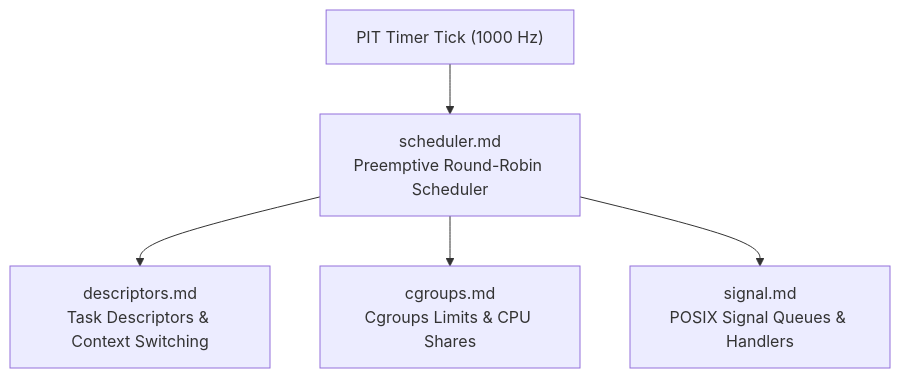
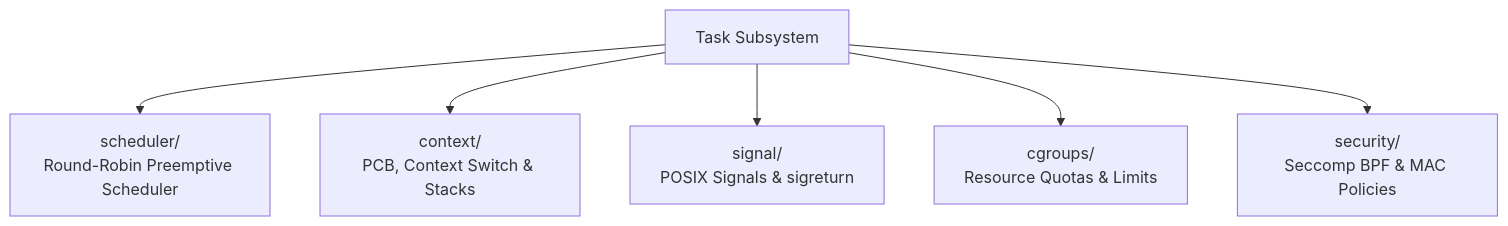
One commit to mrvlous/keira changed the diagram in docs/task/README.md. Above: the diagram before and after it, drawn with Mermaid. The commit also changed other lines of this file and 20 other files, not shown here.

Commit message:
docs(task): modularize scheduler, context, cgroups, signals and security documentation

````diff
--- a/docs/task/README.md
+++ b/docs/task/README.md
@@ -11,7 +11,8 @@
 ```mermaid
 graph TD
-    Timer["PIT Timer Tick (1000 Hz)"] --> Sched["scheduler.md<br/>Preemptive Round-Robin Scheduler"]
-    Sched --> TCB["descriptors.md<br/>Task Descriptors & Context Switching"]
-    Sched --> CG["cgroups.md<br/>Cgroups Limits & CPU Shares"]
-    Sched --> Sig["signal.md<br/>POSIX Signal Queues & Handlers"]
+    Task["Task Subsystem"] --> Sched["scheduler/<br/>Round-Robin Preemptive Scheduler"]
+    Task --> Context["context/<br/>PCB, Context Switch & Stacks"]
+    Task --> Signal["signal/<br/>POSIX Signals & sigreturn"]
+    Task --> Cgroups["cgroups/<br/>Resource Quotas & Limits"]
+    Task --> Security["security/<br/>Seccomp BPF & MAC Policies"]
 ```
````
